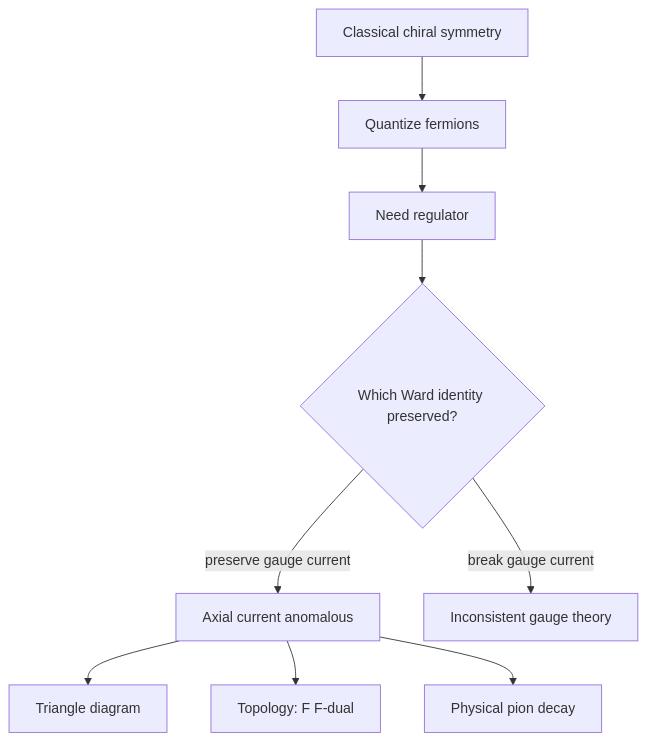
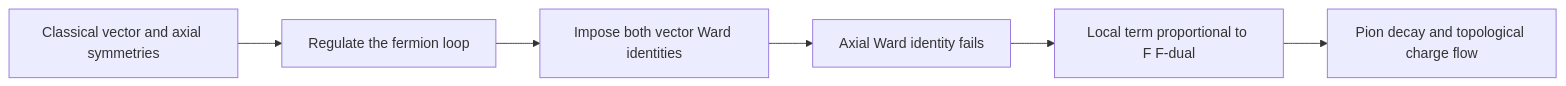
The diagram in docs/physics/quantum-field-theory/chiral-anomalies.md (justinbrianhwang/SJ-wiki), drawn with Mermaid before and after one commit. The commit also changed other lines of this file and 166 other files, not shown here.

````diff
--- a/docs/physics/quantum-field-theory/chiral-anomalies.md
+++ b/docs/physics/quantum-field-theory/chiral-anomalies.md
@@ -101,11 +98,8 @@
 ```mermaid
-flowchart TD
-  A[Classical chiral symmetry] --> B[Quantize fermions]
-  B --> C[Need regulator]
-  C --> D{"Which Ward identity preserved?"}
-  D -->|preserve gauge current| E[Axial current anomalous]
-  D -->|break gauge current| F[Inconsistent gauge theory]
-  E --> G[Triangle diagram]
-  E --> H["Topology: F F-dual"]
-  E --> I[Physical pion decay]
+flowchart LR
+  A["Classical vector and axial symmetries"] --> B["Regulate the fermion loop"]
+  B --> C["Impose both vector Ward identities"]
+  C --> D["Axial Ward identity fails"]
+  D --> E["Local term proportional to F F-dual"]
+  E --> F["Pion decay and topological charge flow"]
 ```
````
